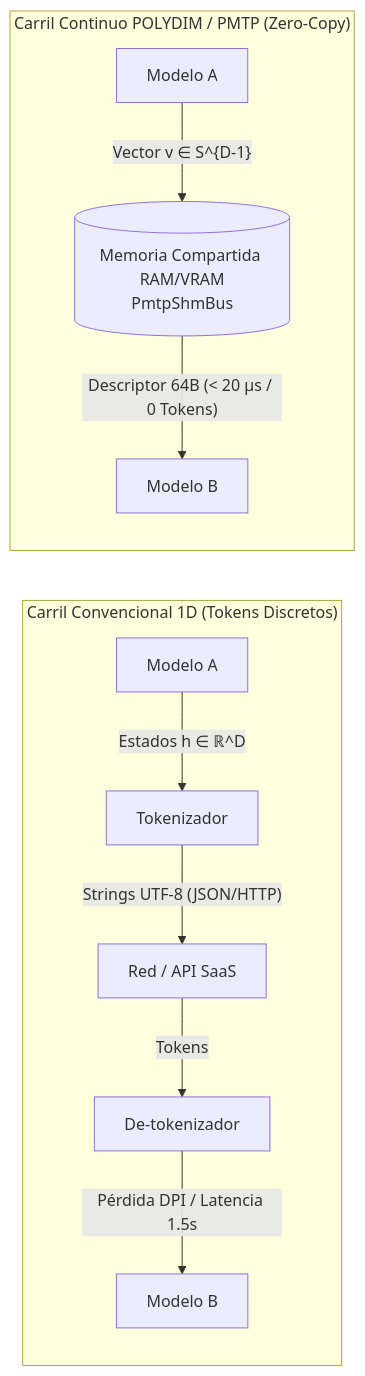
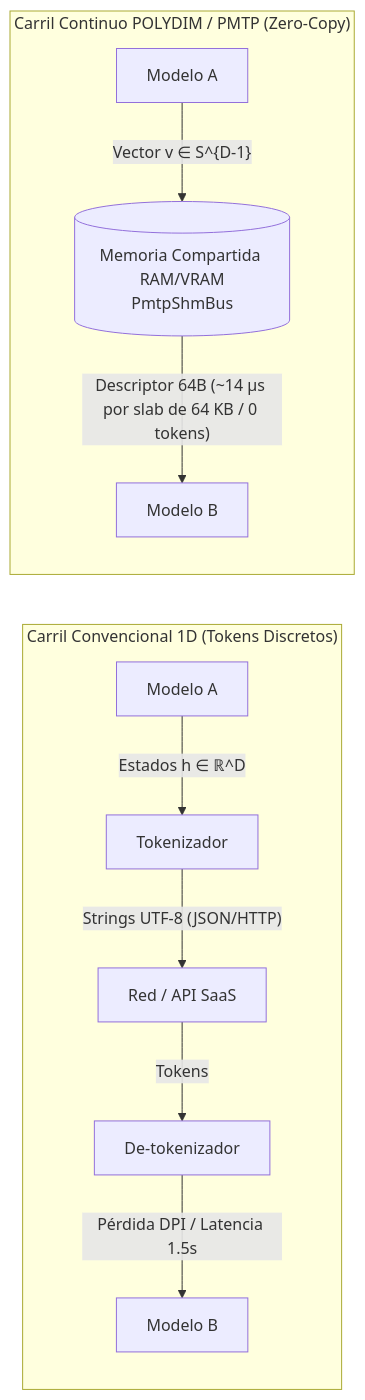
One commit to AGT1973/POLYDIM_EinSof changed the diagram in README.md. Above: the diagram before and after it, drawn with Mermaid. The commit also changed other lines of this file and 7 other files, not shown here.

````diff
--- a/README.md
+++ b/README.md
@@ -55,17 +68,17 @@
 ```mermaid
 flowchart LR
     subgraph Tradicional["Carril Convencional 1D (Tokens Discretos)"]
         direction TB
         M1["Modelo A"] -->|"Estados h ∈ ℝ^D"| Tok["Tokenizador"]
         Tok -->|"Strings UTF-8 (JSON/HTTP)"| Net["Red / API SaaS"]
         Net -->|"Tokens"| Detok["De-tokenizador"]
         Detok -->|"Pérdida DPI / Latencia 1.5s"| M2["Modelo B"]
     end
 
     subgraph Polydim["Carril Continuo POLYDIM / PMTP (Zero-Copy)"]
         direction TB
         P1["Modelo A"] -->|"Vector v ∈ S^{D-1}"| SHM[("Memoria Compartida RAM/VRAM
 PmtpShmBus")]
-        SHM -->|"Descriptor 64B (< 20 µs / 0 Tokens)"| P2["Modelo B"]
+        SHM -->|"Descriptor 64B (~14 µs por slab de 64 KB / 0 tokens)"| P2["Modelo B"]
     end
 ```
````
